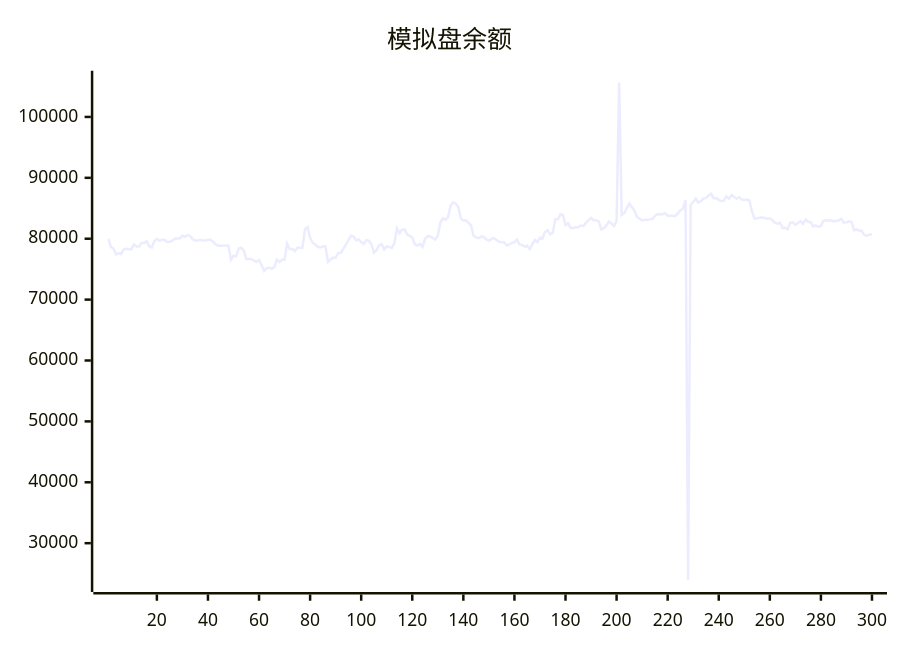
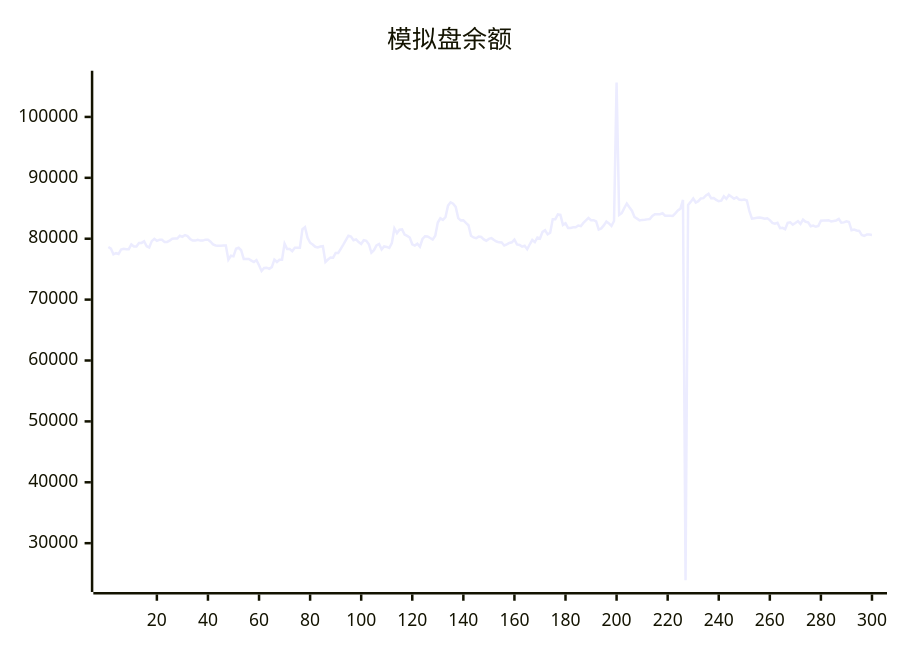
The diagram in README.md (aahl/ai-trading), drawn with Mermaid before and after one commit. The commit also changed other lines of this file and 1 other file, not shown here.

````diff
--- a/README.md
+++ b/README.md
@@ -5,5 +5,5 @@
 ```mermaid
 xychart
     title "模拟盘余额"
-    line [79940,78643,78380,77432,77623,77504,78235,78358,78284,78277,79048,78714,78714,79290,79308,79567,78763,78563,79603,79988,79652,79813,79813,79476,79469,79673,79995,80015,80015,80486,80314,80600,80436,79966,79689,79689,79819,79692,79692,79850,79850,79518,79071,78889,78850,78850,78878,78878,76554,77202,77103,78357,78510,78106,76678,76677,76672,76411,76159,76485,75656,74695,75197,75246,75052,75334,76564,76179,76553,76551,79196,78300,78300,77944,78531,78531,78521,81564,81884,80160,79335,79055,78675,78580,78708,78764,76179,76586,76902,76876,77658,77669,78346,79023,79769,80497,80366,79761,79896,79448,79126,79749,79658,79097,77695,78114,78888,79126,78249,78738,78653,78478,79271,81680,80923,81488,81527,80681,80455,80190,79084,78879,79193,78686,79954,80403,80374,80118,79848,80491,82665,83351,83098,83525,85430,85983,85737,85221,83378,83014,83043,82613,82216,80477,80208,80081,80348,80277,79894,79670,79965,80093,79786,79542,79406,79371,78893,79087,79304,79406,79841,79072,78978,78696,78846,78272,79085,79787,79442,80198,80031,81120,81379,80718,80985,83214,83212,83993,83921,82270,82547,81776,81776,81866,81866,82158,82061,82596,83000,83408,83041,83050,82858,81503,81691,82188,82812,82517,82092,82901,105633,83898,84180,85030,85781,85178,84604,83569,83298,83008,83093,83107,83175,83228,83729,84025,84017,84019,84177,83775,83762,83785,83738,84160,84639,84939,86370,23934,85548,86046,86599,85942,86161,86622,86664,87115,87369,86666,86685,86384,86152,86243,86969,86548,87164,86885,86566,86809,86427,86348,86417,86273,84538,83299,83369,83430,83490,83404,83270,83362,83056,82605,82459,82614,81734,81788,81551,82598,82702,82320,82580,82878,82426,83139,82778,82686,82056,82166,81963,82110,82951,82983,82984,83038,82838,82915,82998,83235,82642,82682,82858,82746,81396,81512,81362,81277,80600,80461,80699,80673]
+    line [78643,78380,77432,77623,77504,78235,78358,78284,78277,79048,78714,78714,79290,79308,79567,78763,78563,79603,79988,79652,79813,79813,79476,79469,79673,79995,80015,80015,80486,80314,80600,80436,79966,79689,79689,79819,79692,79692,79850,79850,79518,79071,78889,78850,78850,78878,78878,76554,77202,77103,78357,78510,78106,76678,76677,76672,76411,76159,76485,75656,74695,75197,75246,75052,75334,76564,76179,76553,76551,79196,78300,78300,77944,78531,78531,78521,81564,81884,80160,79335,79055,78675,78580,78708,78764,76179,76586,76902,76876,77658,77669,78346,79023,79769,80497,80366,79761,79896,79448,79126,79749,79658,79097,77695,78114,78888,79126,78249,78738,78653,78478,79271,81680,80923,81488,81527,80681,80455,80190,79084,78879,79193,78686,79954,80403,80374,80118,79848,80491,82665,83351,83098,83525,85430,85983,85737,85221,83378,83014,83043,82613,82216,80477,80208,80081,80348,80277,79894,79670,79965,80093,79786,79542,79406,79371,78893,79087,79304,79406,79841,79072,78978,78696,78846,78272,79085,79787,79442,80198,80031,81120,81379,80718,80985,83214,83212,83993,83921,82270,82547,81776,81776,81866,81866,82158,82061,82596,83000,83408,83041,83050,82858,81503,81691,82188,82812,82517,82092,82901,105633,83898,84180,85030,85781,85178,84604,83569,83298,83008,83093,83107,83175,83228,83729,84025,84017,84019,84177,83775,83762,83785,83738,84160,84639,84939,86370,23934,85548,86046,86599,85942,86161,86622,86664,87115,87369,86666,86685,86384,86152,86243,86969,86548,87164,86885,86566,86809,86427,86348,86417,86273,84538,83299,83369,83430,83490,83404,83270,83362,83056,82605,82459,82614,81734,81788,81551,82598,82702,82320,82580,82878,82426,83139,82778,82686,82056,82166,81963,82110,82951,82983,82984,83038,82838,82915,82998,83235,82642,82682,82858,82746,81396,81512,81362,81277,80600,80461,80699,80673,80616]
 ```
````
